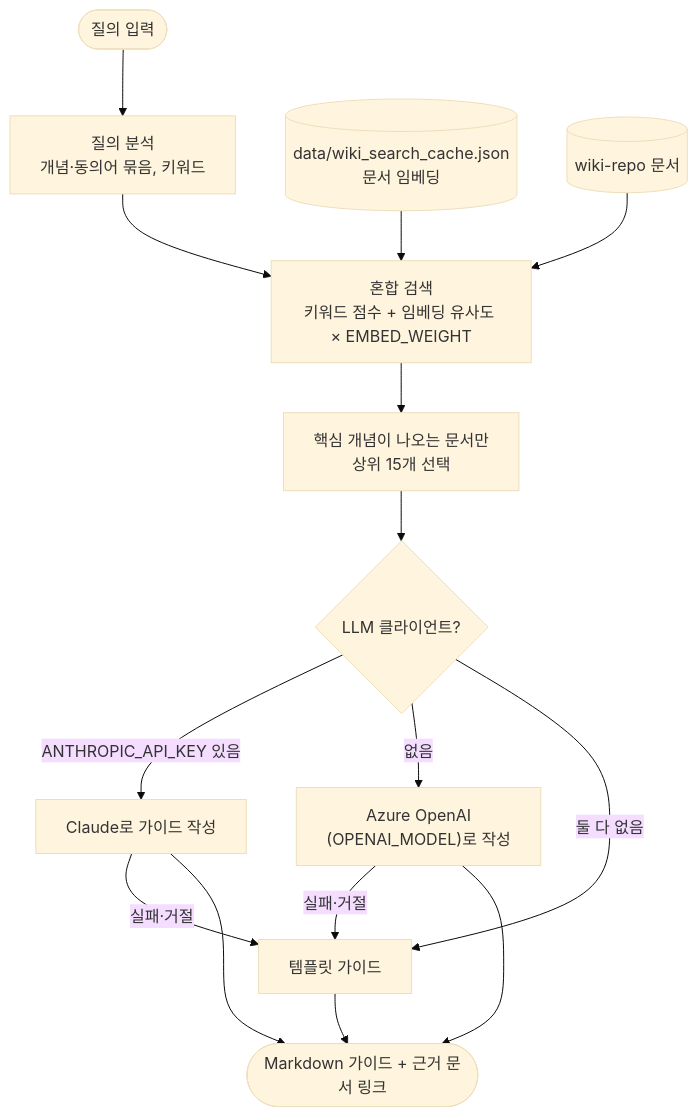
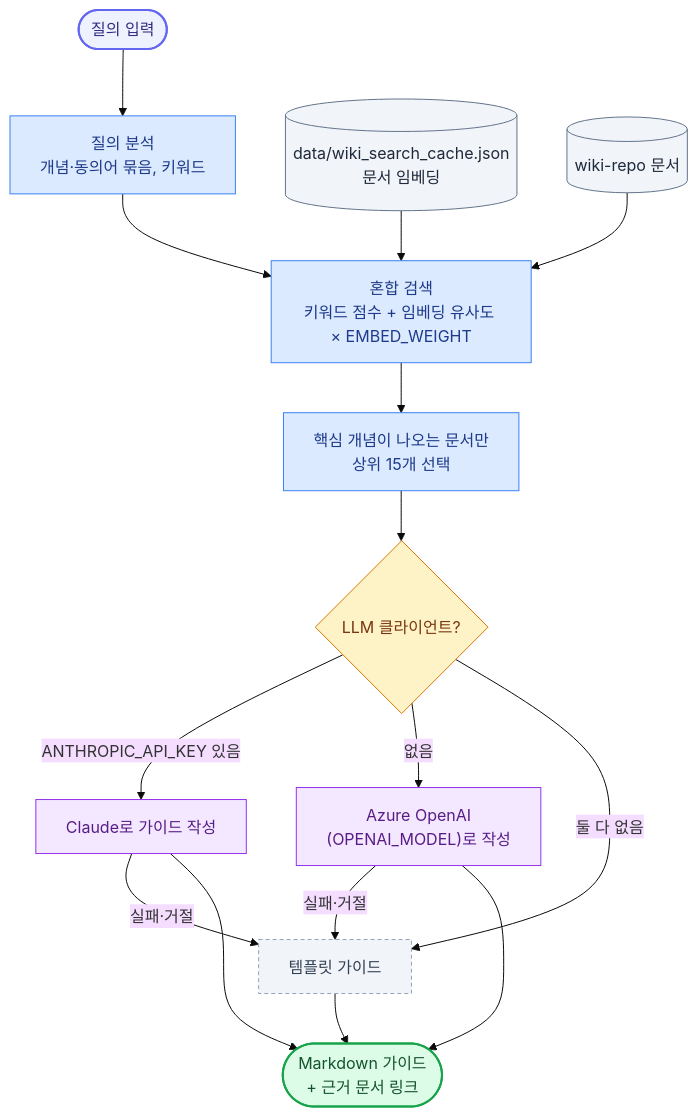
The fourth of 6 diagrams in README.md (pcmola/ai-master), drawn with Mermaid (base theme) before and after one commit. The commit also changed other lines of this file, not shown here.

````diff
--- a/README.md
+++ b/README.md
@@ -182,14 +226,29 @@
 ```mermaid
 flowchart TD
     q(["질의 입력"]) --> analyze["질의 분석<br/>개념·동의어 묶음, 키워드"]
     analyze --> rank["혼합 검색<br/>키워드 점수 + 임베딩 유사도 × EMBED_WEIGHT"]
     cache[("data/wiki_search_cache.json<br/>문서 임베딩")] --> rank
     repo[("wiki-repo 문서")] --> rank
     rank --> filter["핵심 개념이 나오는 문서만<br/>상위 15개 선택"]
     filter --> llm{"LLM 클라이언트?"}
     llm -- "ANTHROPIC_API_KEY 있음" --> claude["Claude로 가이드 작성"]
     llm -- "없음" --> openai["Azure OpenAI<br/>(OPENAI_MODEL)로 작성"]
     llm -- "둘 다 없음" --> tpl["템플릿 가이드"]
     claude & openai -- "실패·거절" --> tpl
-    claude & openai & tpl --> out(["Markdown 가이드 + 근거 문서 링크"])
+    claude & openai & tpl --> out(["Markdown 가이드<br/>+ 근거 문서 링크"])
+
+    classDef io fill:#EEF2FF,stroke:#6366F1,stroke-width:2px,color:#312E81
+    classDef step fill:#DBEAFE,stroke:#3B82F6,color:#1E3A8A
+    classDef store fill:#F1F5F9,stroke:#64748B,color:#1E293B
+    classDef decide fill:#FEF3C7,stroke:#D97706,color:#78350F
+    classDef llm fill:#F3E8FF,stroke:#9333EA,color:#581C87
+    classDef fallback fill:#F1F5F9,stroke:#94A3B8,stroke-dasharray:4 3,color:#334155
+    classDef done fill:#DCFCE7,stroke:#16A34A,stroke-width:2px,color:#14532D
+    class q io
+    class analyze,rank,filter step
+    class cache,repo store
+    class llm decide
+    class claude,openai llm
+    class tpl fallback
+    class out done
 ```
````
